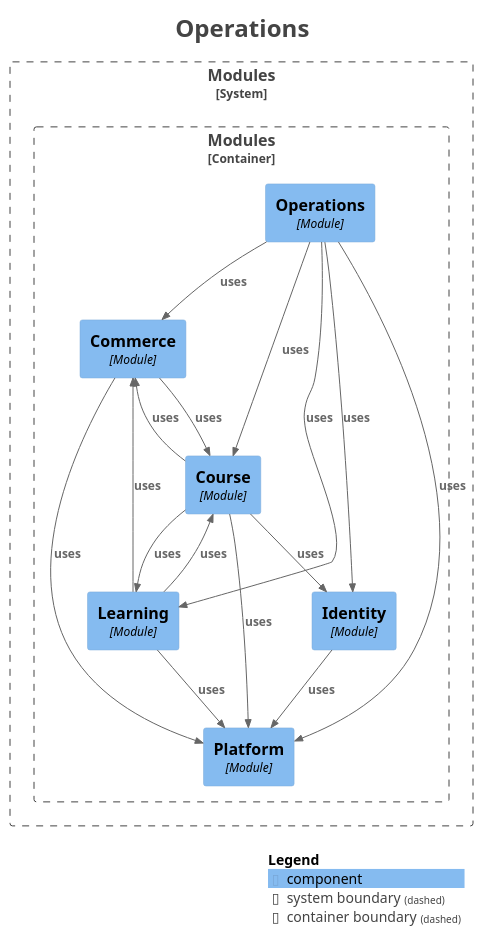
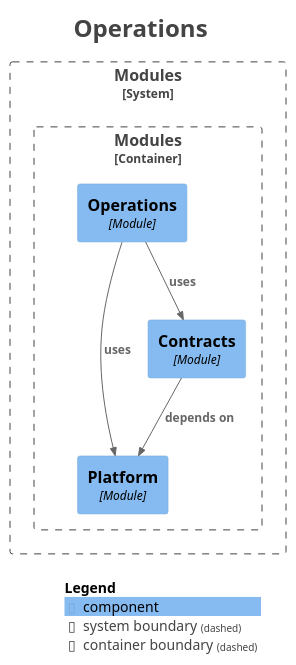
One commit to thereYany/btry changed the diagram in docs/generated/modulith/module-operations.puml. Above: the diagram before and after it, drawn with PlantUML. The commit also changed 91 other files, not shown here.

First line of the commit message:
feat(p4-2): 抽取 contracts 契约模块，模块图清零循环

```diff
--- a/docs/generated/modulith/module-operations.puml
+++ b/docs/generated/modulith/module-operations.puml
@@ -1,48 +1,33 @@
 @startuml
 title <size:24>Operations</size>
 
 set separator none
 top to bottom direction
 
 <style>
   root {
     BackgroundColor: #ffffff
     FontColor: #444444
   }
 </style>
 
 !include <C4/C4>
 !include <C4/C4_Context>
 !include <C4/C4_Component>
 
 System_Boundary("Modules_boundary", "Modules", $tags="") {
   Container_Boundary("Modules.Modules_boundary", "Modules", $tags="") {
-    Component(Modules.Modules.Commerce, "Commerce", $techn="Module", $descr="", $tags="", $link="")
-    Component(Modules.Modules.Course, "Course", $techn="Module", $descr="", $tags="", $link="")
-    Component(Modules.Modules.Identity, "Identity", $techn="Module", $descr="", $tags="", $link="")
-    Component(Modules.Modules.Learning, "Learning", $techn="Module", $descr="", $tags="", $link="")
+    Component(Modules.Modules.Platform, "Platform", $techn="Module", $descr="", $tags="", $link="")
+    Component(Modules.Modules.Contracts, "Contracts", $techn="Module", $descr="", $tags="", $link="")
     Component(Modules.Modules.Operations, "Operations", $techn="Module", $descr="", $tags="", $link="")
-    Component(Modules.Modules.Platform, "Platform", $techn="Module", $descr="", $tags="", $link="")
   }
 
 }
 
-Rel(Modules.Modules.Learning, Modules.Modules.Course, "uses", $techn="", $tags="", $link="")
-Rel(Modules.Modules.Learning, Modules.Modules.Commerce, "uses", $techn="", $tags="", $link="")
-Rel(Modules.Modules.Learning, Modules.Modules.Platform, "uses", $techn="", $tags="", $link="")
-Rel(Modules.Modules.Course, Modules.Modules.Identity, "uses", $techn="", $tags="", $link="")
-Rel(Modules.Modules.Course, Modules.Modules.Commerce, "uses", $techn="", $tags="", $link="")
-Rel(Modules.Modules.Course, Modules.Modules.Learning, "uses", $techn="", $tags="", $link="")
-Rel(Modules.Modules.Course, Modules.Modules.Platform, "uses", $techn="", $tags="", $link="")
-Rel(Modules.Modules.Identity, Modules.Modules.Platform, "uses", $techn="", $tags="", $link="")
-Rel(Modules.Modules.Operations, Modules.Modules.Commerce, "uses", $techn="", $tags="", $link="")
-Rel(Modules.Modules.Operations, Modules.Modules.Identity, "uses", $techn="", $tags="", $link="")
-Rel(Modules.Modules.Operations, Modules.Modules.Course, "uses", $techn="", $tags="", $link="")
+Rel(Modules.Modules.Contracts, Modules.Modules.Platform, "depends on", $techn="", $tags="", $link="")
+Rel(Modules.Modules.Operations, Modules.Modules.Contracts, "uses", $techn="", $tags="", $link="")
 Rel(Modules.Modules.Operations, Modules.Modules.Platform, "uses", $techn="", $tags="", $link="")
-Rel(Modules.Modules.Operations, Modules.Modules.Learning, "uses", $techn="", $tags="", $link="")
-Rel(Modules.Modules.Commerce, Modules.Modules.Course, "uses", $techn="", $tags="", $link="")
-Rel(Modules.Modules.Commerce, Modules.Modules.Platform, "uses", $techn="", $tags="", $link="")
 
 SHOW_LEGEND(true)
 hide stereotypes
 @enduml
```
